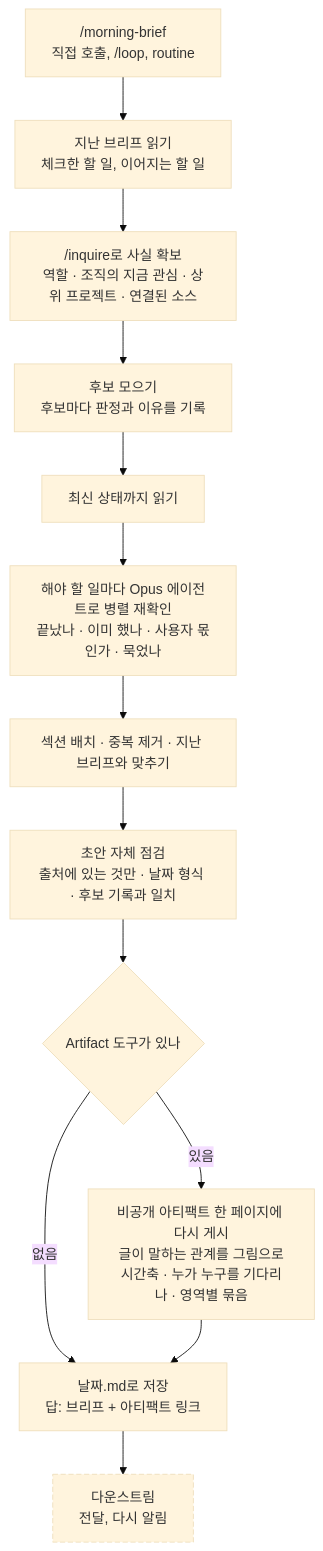
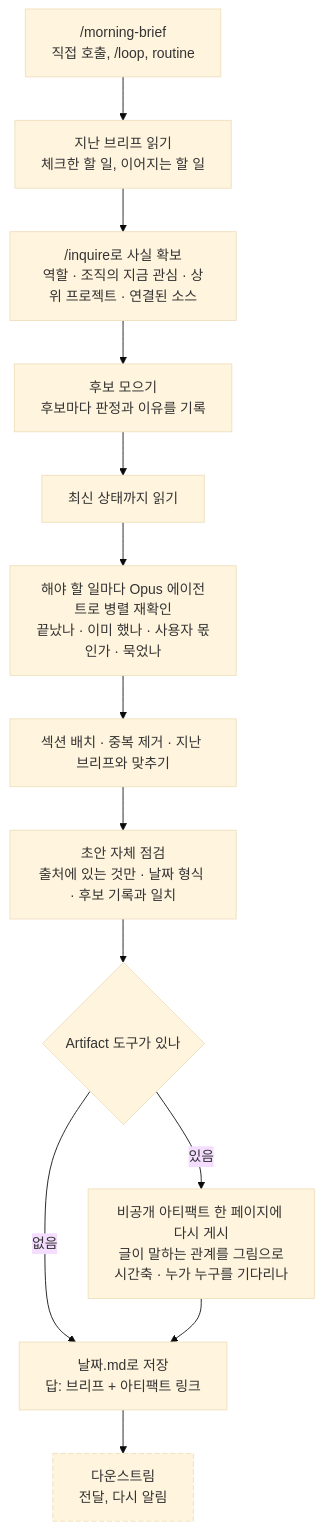
One commit to jongwony/cc-plugin changed the diagram in morning-brief/README.md. Above: the diagram before and after it, drawn with Mermaid (base theme). The commit also changed other lines of this file and 5 other files, not shown here.

````diff
--- a/morning-brief/README.md
+++ b/morning-brief/README.md
@@ -9,16 +9,16 @@
 ```mermaid
 flowchart TD
   A["/morning-brief<br/>직접 호출, /loop, routine"] --> B["지난 브리프 읽기<br/>체크한 할 일, 이어지는 할 일"]
   B --> C["/inquire로 사실 확보<br/>역할 · 조직의 지금 관심 · 상위 프로젝트 · 연결된 소스"]
   C --> E["후보 모으기<br/>후보마다 판정과 이유를 기록"]
   E --> F["최신 상태까지 읽기"]
   F --> G["해야 할 일마다 Opus 에이전트로 병렬 재확인<br/>끝났나 · 이미 했나 · 사용자 몫인가 · 묵었나"]
   G --> H["섹션 배치 · 중복 제거 · 지난 브리프와 맞추기"]
   H --> K["초안 자체 점검<br/>출처에 있는 것만 · 날짜 형식 · 후보 기록과 일치"]
   K --> V{"Artifact 도구가 있나"}
-  V -- "있음" --> P["비공개 아티팩트 한 페이지에 다시 게시<br/>글이 말하는 관계를 그림으로<br/>시간축 · 누가 누구를 기다리나 · 영역별 묶음"]
+  V -- "있음" --> P["비공개 아티팩트 한 페이지에 다시 게시<br/>글이 말하는 관계를 그림으로<br/>시간축 · 누가 누구를 기다리나"]
   V -- "없음" --> I
   P --> I["날짜.md로 저장<br/>답: 브리프 + 아티팩트 링크"]
   I --> J["다운스트림<br/>전달, 다시 알림"]:::down
   classDef down stroke-dasharray:6 3
 ```
````
